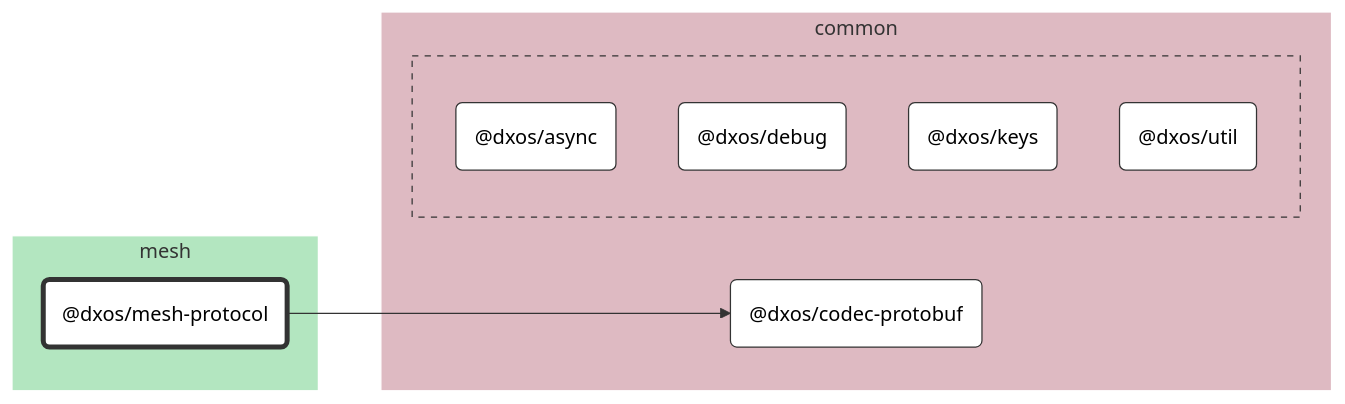
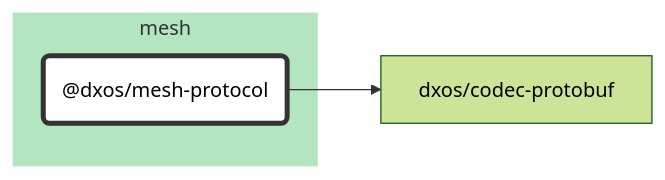
One commit to dxos/dxos changed the diagram in packages/mesh/mesh-protocol/docs/README.md. Above: the diagram before and after it, drawn with Mermaid (forest theme). The commit also changed 87 other files, not shown here.

````diff
--- a/packages/mesh/mesh-protocol/docs/README.md
+++ b/packages/mesh/mesh-protocol/docs/README.md
@@ -7,51 +7,21 @@
 ```mermaid
 %%{ init: {'flowchart':{'curve':'basis'}} }%%
 
 flowchart LR
 
-%% Links
-dxos/mesh-protocol --> dxos/codec-protobuf;
+%% Classes
+classDef def fill:#fff,stroke:#333,stroke-width:1px
+classDef root fill:#fff,stroke:#333,stroke-width:4px
 
-%% Sections
-subgraph mesh
-  style mesh fill:#b3e6c0,stroke:#fff;
+%% Nodes
 
-  dxos/mesh-protocol("@dxos/mesh-protocol")
+subgraph mesh [mesh]
+  style mesh fill:#b3e6c0,stroke:#fff
+  dxos/mesh-protocol("@dxos/mesh-protocol"):::root
+  click dxos/mesh-protocol "dxos/dxos/tree/main/packages/mesh/mesh-protocol/docs"
 end
 
-subgraph common
-  style common fill:#debac2,stroke:#fff;
-
-  dxos/codec-protobuf("@dxos/codec-protobuf")
-
-  subgraph common-excluded [ ]
-    style common-excluded fill:#debac2,stroke:#333,stroke-dasharray:5 5;
-
-    dxos/async("@dxos/async")
-    dxos/debug("@dxos/debug")
-    dxos/keys("@dxos/keys")
-    dxos/util("@dxos/util")
-  end
-end
-
-
-%% Hyperlinks
-click dxos/async "dxos/dxos/tree/main/packages/common/async/docs";
-click dxos/codec-protobuf "dxos/dxos/tree/main/packages/common/codec-protobuf/docs";
-click dxos/debug "dxos/dxos/tree/main/packages/common/debug/docs";
-click dxos/keys "dxos/dxos/tree/main/packages/common/keys/docs";
-click dxos/util "dxos/dxos/tree/main/packages/common/util/docs";
-
-%% Styles
-classDef rootNode fill:#fff,stroke:#333,stroke-width:4px
-classDef defaultNode fill:#fff,stroke:#333,stroke-width:1px
+%% Links
 linkStyle default stroke:#333,stroke-width:1px
-
-dxos/mesh-protocol:::rootNode
-
-dxos/async:::defaultNode
-dxos/codec-protobuf:::defaultNode
-dxos/debug:::defaultNode
-dxos/keys:::defaultNode
-dxos/util:::defaultNode
+dxos/mesh-protocol --> dxos/codec-protobuf
 ```
````
